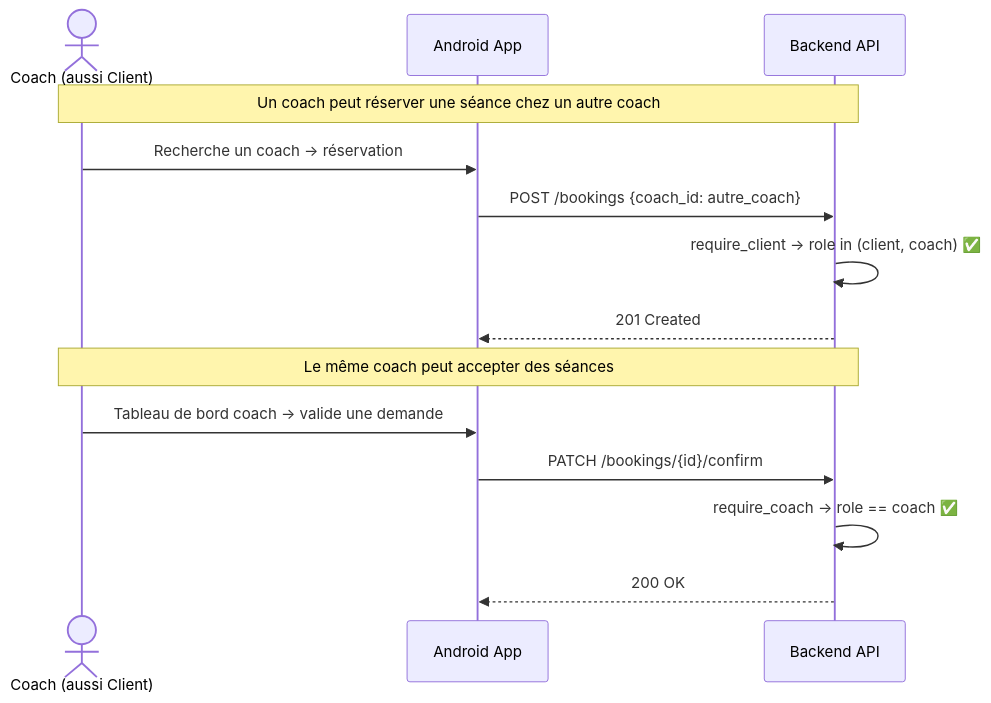
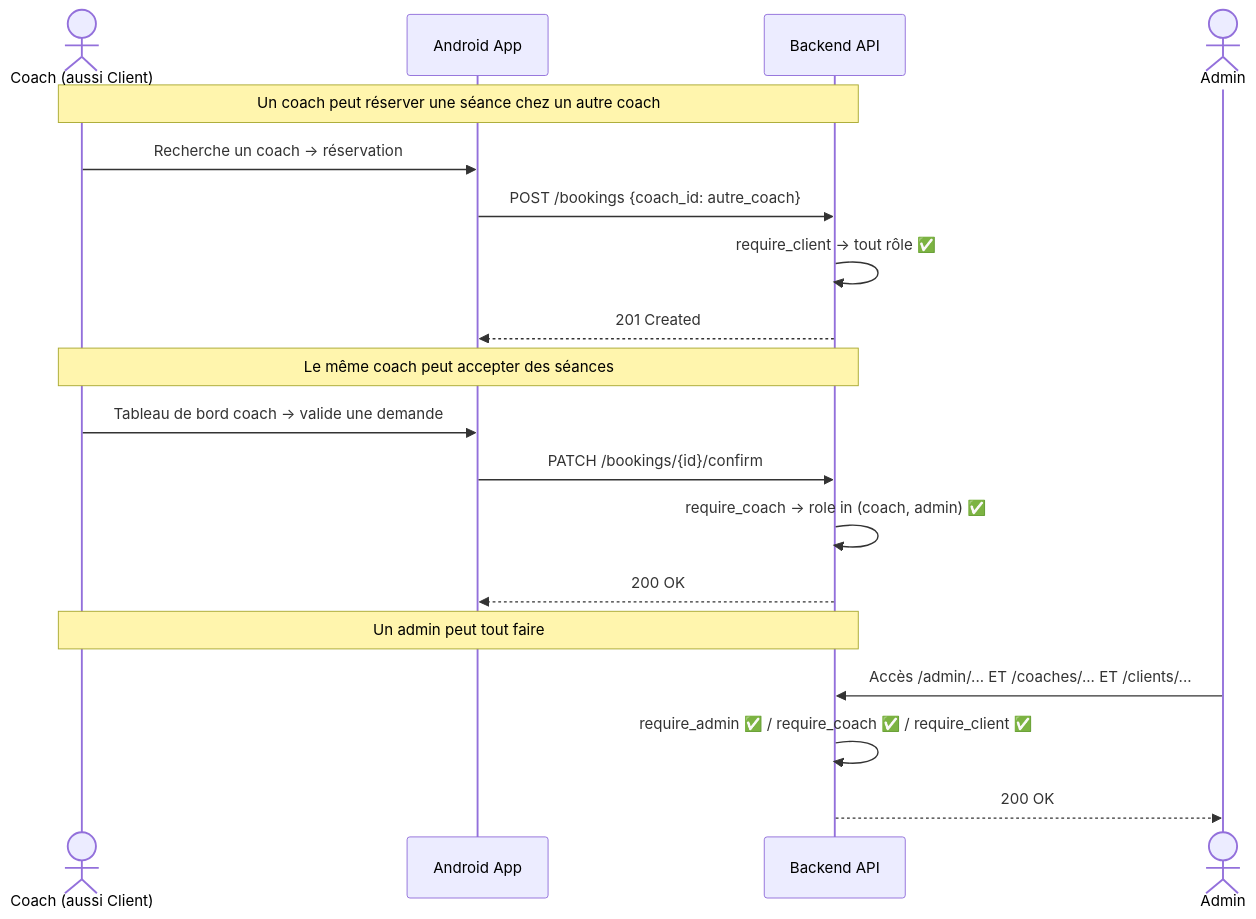
The tenth of 10 diagrams in docs/FLOWS_00_ARCHITECTURE.md (gaelgael5/mycoach), drawn with Mermaid before and after one commit. The commit also changed other lines of this file and 3 other files, not shown here.

First line of the commit message:
arch: Admin ⊇ Coach ⊇ Client — hiérarchie inclusive correcte

````diff
--- a/docs/FLOWS_00_ARCHITECTURE.md
+++ b/docs/FLOWS_00_ARCHITECTURE.md
@@ -296,18 +315,24 @@
 ```mermaid
 sequenceDiagram
     actor K as Coach (aussi Client)
     participant A as Android App
     participant B as Backend API
 
     note over K,B: Un coach peut réserver une séance chez un autre coach
     K->>A: Recherche un coach → réservation
     A->>B: POST /bookings {coach_id: autre_coach}
-    B->>B: require_client → role in (client, coach) ✅
+    B->>B: require_client → tout rôle ✅
     B-->>A: 201 Created
 
     note over K,B: Le même coach peut accepter des séances
     K->>A: Tableau de bord coach → valide une demande
     A->>B: PATCH /bookings/{id}/confirm
-    B->>B: require_coach → role == coach ✅
+    B->>B: require_coach → role in (coach, admin) ✅
     B-->>A: 200 OK
+
+    note over K,B: Un admin peut tout faire
+    actor ADM as Admin
+    ADM->>B: Accès /admin/... ET /coaches/... ET /clients/...
+    B->>B: require_admin ✅ / require_coach ✅ / require_client ✅
+    B-->>ADM: 200 OK
 ```
````
